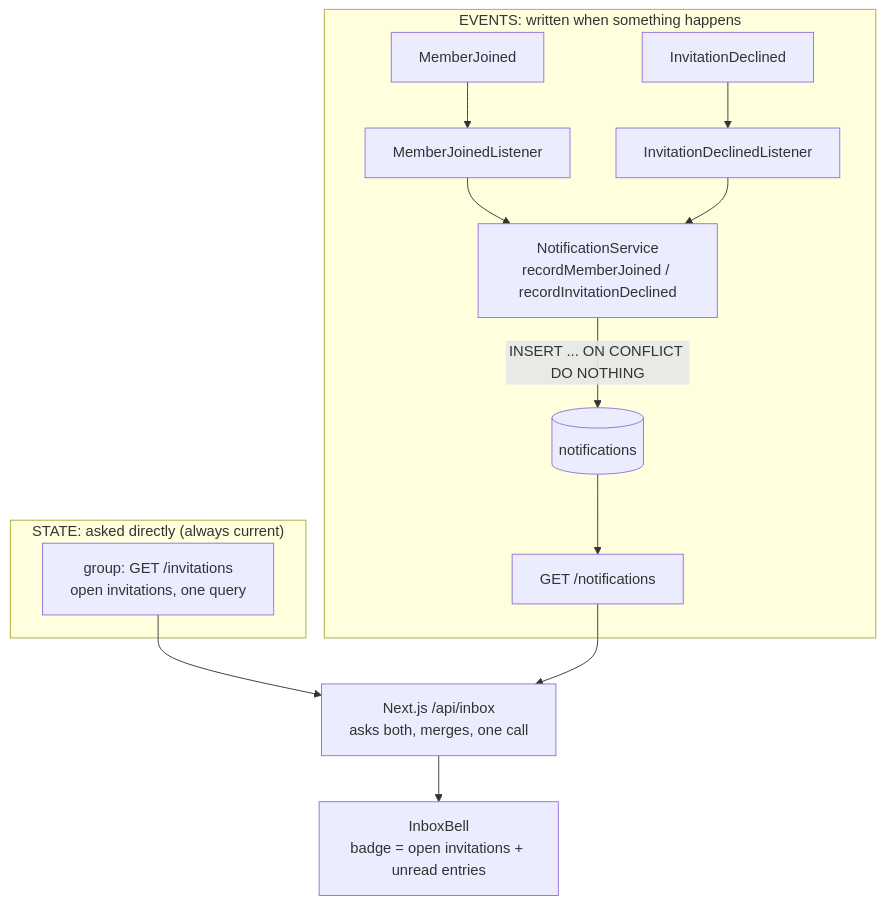
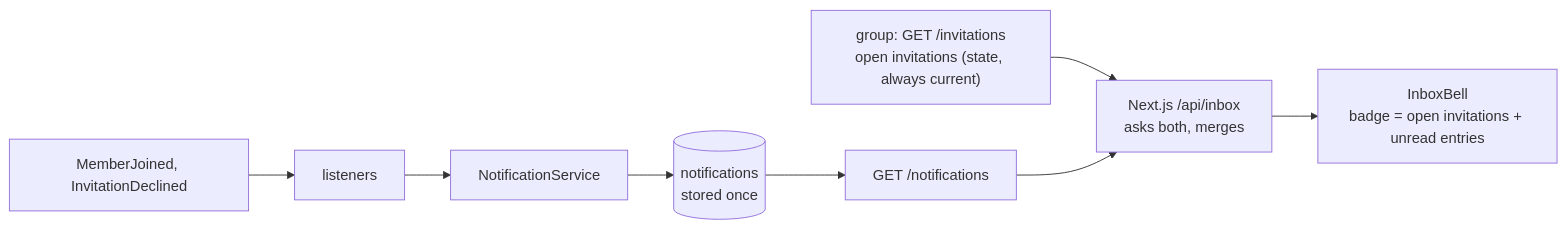
One commit to Ar000sh/sharewise changed the diagram in docs/review/03-notification-inbox.md. Above: the diagram before and after it, drawn with Mermaid. The commit also changed other lines of this file and 4 other files, not shown here.

````diff
--- a/docs/review/03-notification-inbox.md
+++ b/docs/review/03-notification-inbox.md
@@ -9,17 +5,6 @@
 ```mermaid
-flowchart TB
-  subgraph state["STATE: asked directly (always current)"]
-    P["group: GET /invitations<br/>open invitations, one query"]
-  end
-  subgraph events["EVENTS: written when something happens"]
-    E1["MemberJoined"] --> L1["MemberJoinedListener"]
-    E2["InvitationDeclined"] --> L2["InvitationDeclinedListener"]
-    L1 --> S["NotificationService<br/>recordMemberJoined / recordInvitationDeclined"]
-    L2 --> S
-    S -->|"INSERT ... ON CONFLICT DO NOTHING"| T[("notifications")]
-    T --> N["GET /notifications"]
-  end
-  P --> M["Next.js /api/inbox<br/>asks both, merges, one call"]
-  N --> M
+flowchart LR
+  P["group: GET /invitations<br/>open invitations (state, always current)"] --> M["Next.js /api/inbox<br/>asks both, merges"]
+  E["MemberJoined, InvitationDeclined"] --> L["listeners"] --> S["NotificationService"] --> T[("notifications<br/>stored once")] --> N["GET /notifications"] --> M
   M --> B["InboxBell<br/>badge = open invitations + unread entries"]
 ```
````
